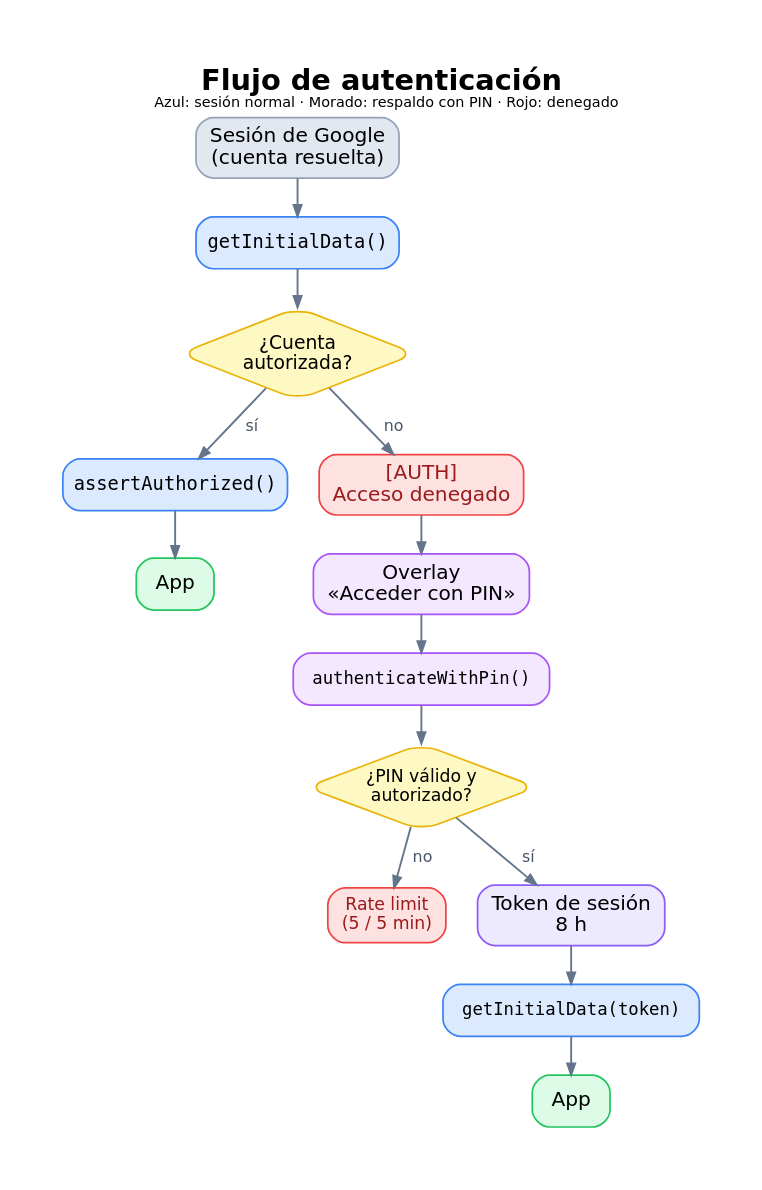
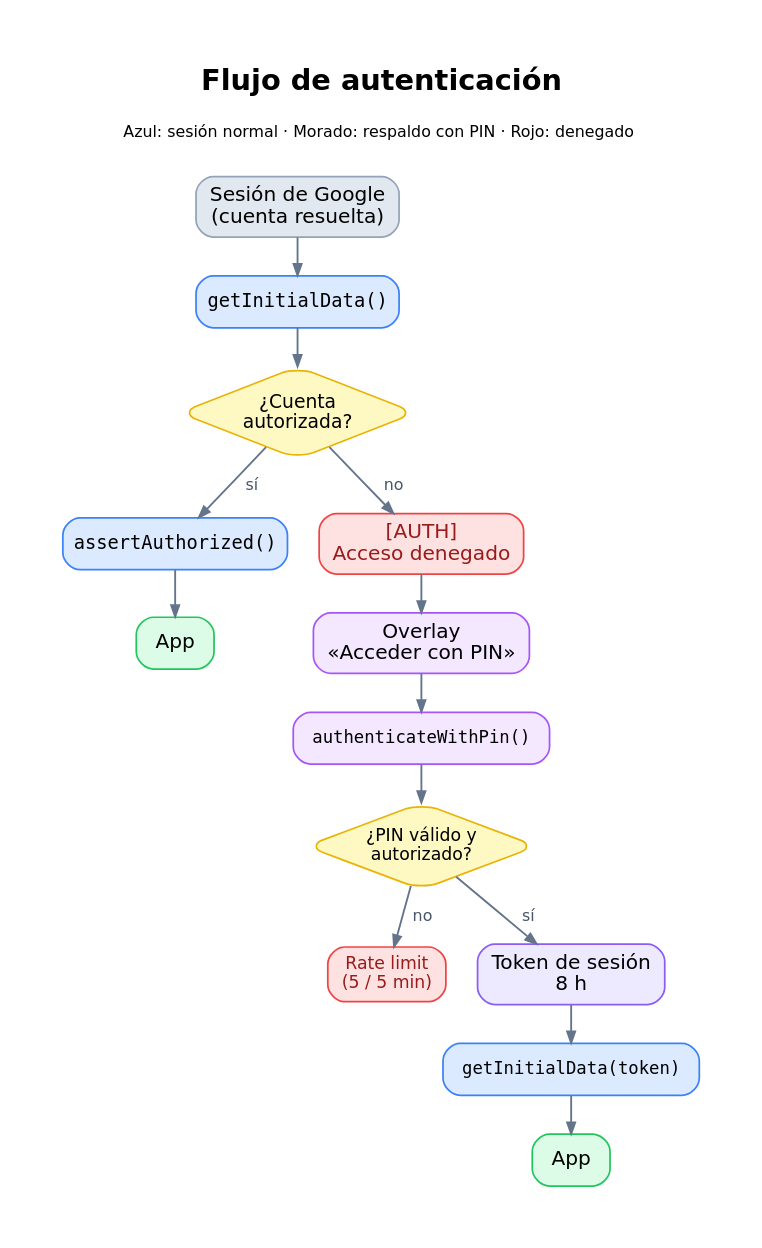
The diagram in docs/images/auth-flow.dot (pfelipm/panel-dedicacion-no-lectiva), drawn with Graphviz before and after one commit. The commit also changed 5 other files, not shown here.

First line of the commit message:
docs: mejorar contraste y espaciado de banner y diagramas

```diff
--- a/docs/images/auth-flow.dot
+++ b/docs/images/auth-flow.dot
@@ -1,59 +1,59 @@
 digraph AuthFlow {
   graph [
     rankdir=TB,
     bgcolor="white",
     pad="0.50",
     nodesep="0.30",
     ranksep="0.35",
     fontname="DejaVu Sans",
-    label=<<B>Flujo de autenticación</B><BR/><FONT POINT-SIZE="10">Azul: sesión normal · Morado: respaldo con PIN · Rojo: denegado</FONT>>,
+    label=<<B>Flujo de autenticación</B><BR/><BR/><FONT POINT-SIZE="11">Azul: sesión normal · Morado: respaldo con PIN · Rojo: denegado</FONT><BR/><BR/>>,
     labelloc="t",
     fontsize=20
   ];
 
   node [
     shape=box,
     style="rounded,filled",
     fontname="DejaVu Sans",
     fontsize=14,
     margin="0.14,0.09",
     penwidth=1.2
   ];
 
   edge [
     color="#64748b",
     penwidth=1.3,
     arrowsize=0.8,
     fontname="DejaVu Sans",
     fontsize=11,
     fontcolor="#475569"
   ];
 
   start [label="Sesión de Google\n(cuenta resuelta)", fillcolor="#e2e8f0", color="#94a3b8"];
   init [label="getInitialData()", fillcolor="#dbeafe", color="#3b82f6", fontname="DejaVu Sans Mono", fontsize=13];
   ok [label="¿Cuenta\nautorizada?", shape=diamond, fillcolor="#fef9c3", color="#eab308", fontsize=13, margin="0.03,0.03"];
   auth [label="assertAuthorized()", fillcolor="#dbeafe", color="#3b82f6", fontname="DejaVu Sans Mono", fontsize=13];
   app [label="App", fillcolor="#dcfce7", color="#22c55e", fontsize=14];
 
   denied [label="[AUTH]\nAcceso denegado", fillcolor="#fee2e2", color="#ef4444", fontcolor="#991b1b"];
   overlay [label="Overlay\n«Acceder con PIN»", fillcolor="#f3e8ff", color="#a855f7"];
   pin [label="authenticateWithPin()", fillcolor="#f3e8ff", color="#a855f7", fontname="DejaVu Sans Mono", fontsize=12];
   valid [label="¿PIN válido y\nautorizado?", shape=diamond, fillcolor="#fef9c3", color="#eab308", fontsize=12, margin="0.03,0.03"];
   error [label="Rate limit\n(5 / 5 min)", fillcolor="#fee2e2", color="#ef4444", fontcolor="#991b1b", fontsize=12];
   token [label="Token de sesión\n8 h", fillcolor="#ede9fe", color="#8b5cf6"];
   init2 [label="getInitialData(token)", fillcolor="#dbeafe", color="#3b82f6", fontname="DejaVu Sans Mono", fontsize=12];
   app2 [label="App", fillcolor="#dcfce7", color="#22c55e", fontsize=14];
 
   start -> init;
   init -> ok;
   ok -> auth [label="  sí"];
   auth -> app;
   ok -> denied [label="  no"];
   denied -> overlay;
   overlay -> pin;
   pin -> valid;
   valid -> error [label="  no"];
   valid -> token [label="  sí"];
   token -> init2;
   init2 -> app2;
 }
```
